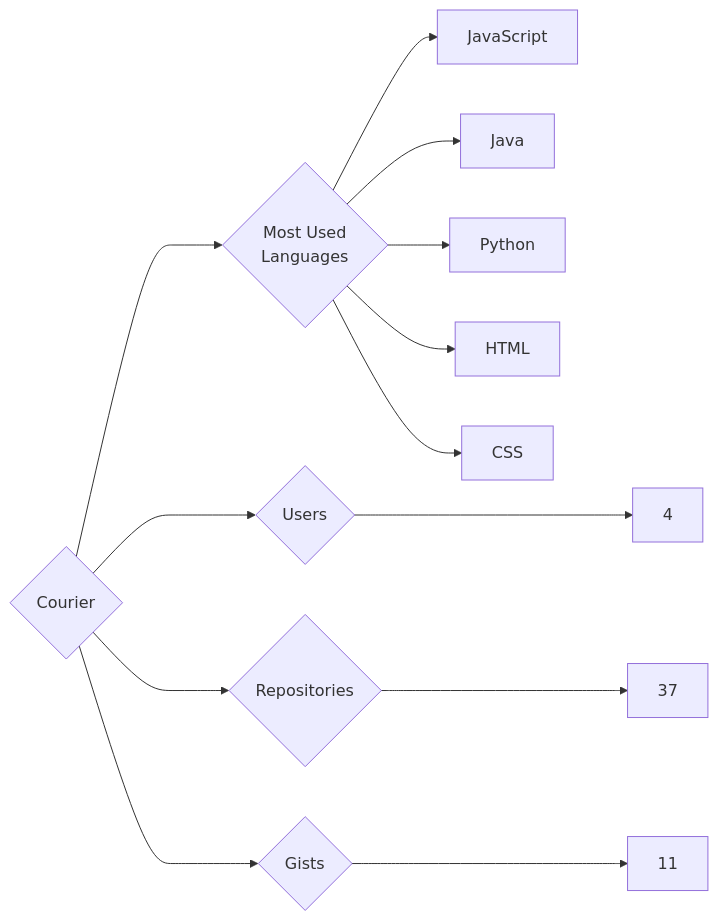
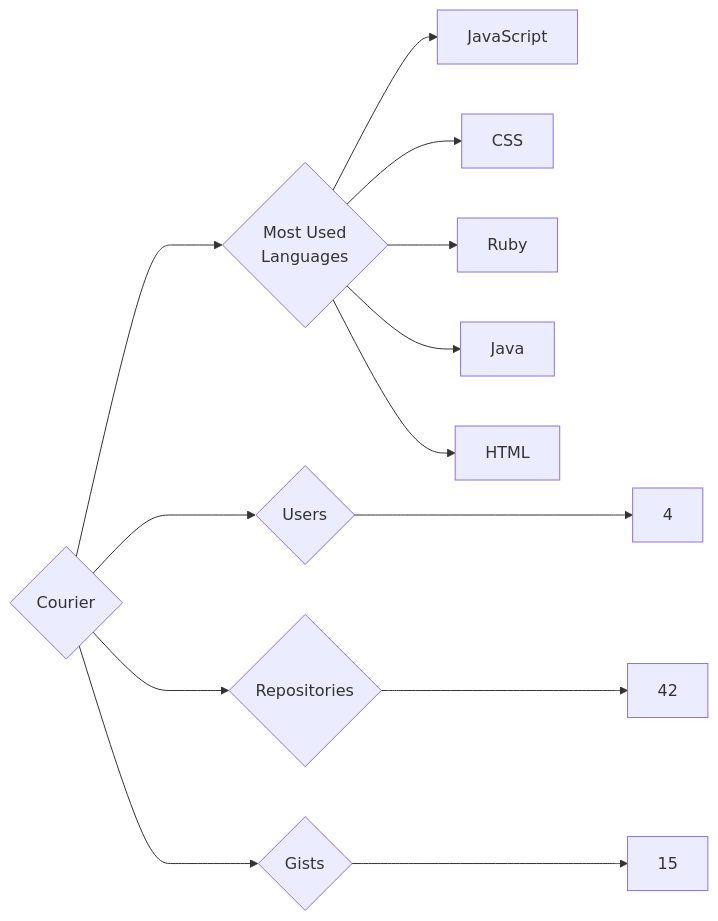
One commit to trickest/insiders changed the diagram in targets/Courier/README.md. Above: the diagram before and after it, drawn with Mermaid. The commit also changed 1167 other files, not shown here.

````diff
--- a/targets/Courier/README.md
+++ b/targets/Courier/README.md
@@ -3,13 +3,13 @@
 ```mermaid
 graph LR
 COMPANY_NAME{Courier}
 COMPANY_NAME ---> U{Users} ---> UN[4]
-COMPANY_NAME ---> R{Repositories} ---> RN[37]
-COMPANY_NAME ---> G{Gists} ---> GN[11]
+COMPANY_NAME ---> R{Repositories} ---> RN[42]
+COMPANY_NAME ---> G{Gists} ---> GN[15]
 COMPANY_NAME ---> ML{Most Used<br>Languages}
 ML --> JavaScript[JavaScript]
+ML --> CSS[CSS]
+ML --> Ruby[Ruby]
 ML --> Java[Java]
-ML --> Python[Python]
 ML --> HTML[HTML]
-ML --> CSS[CSS]
 ```
````
